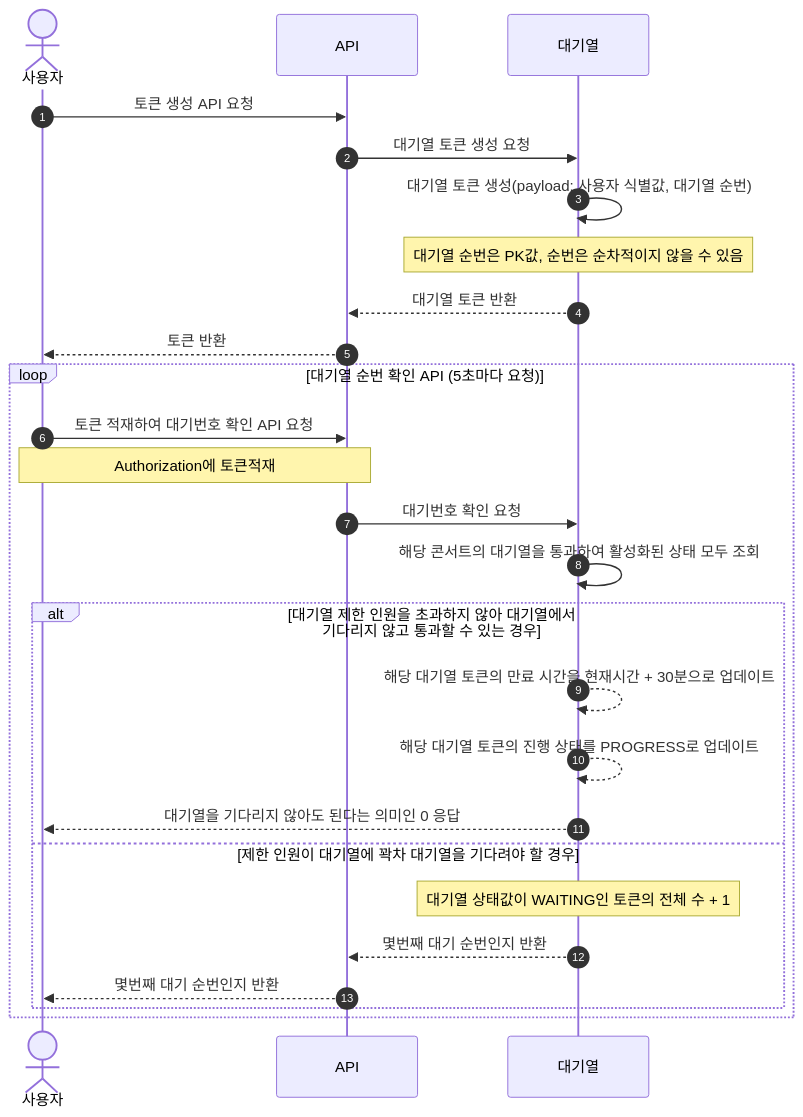
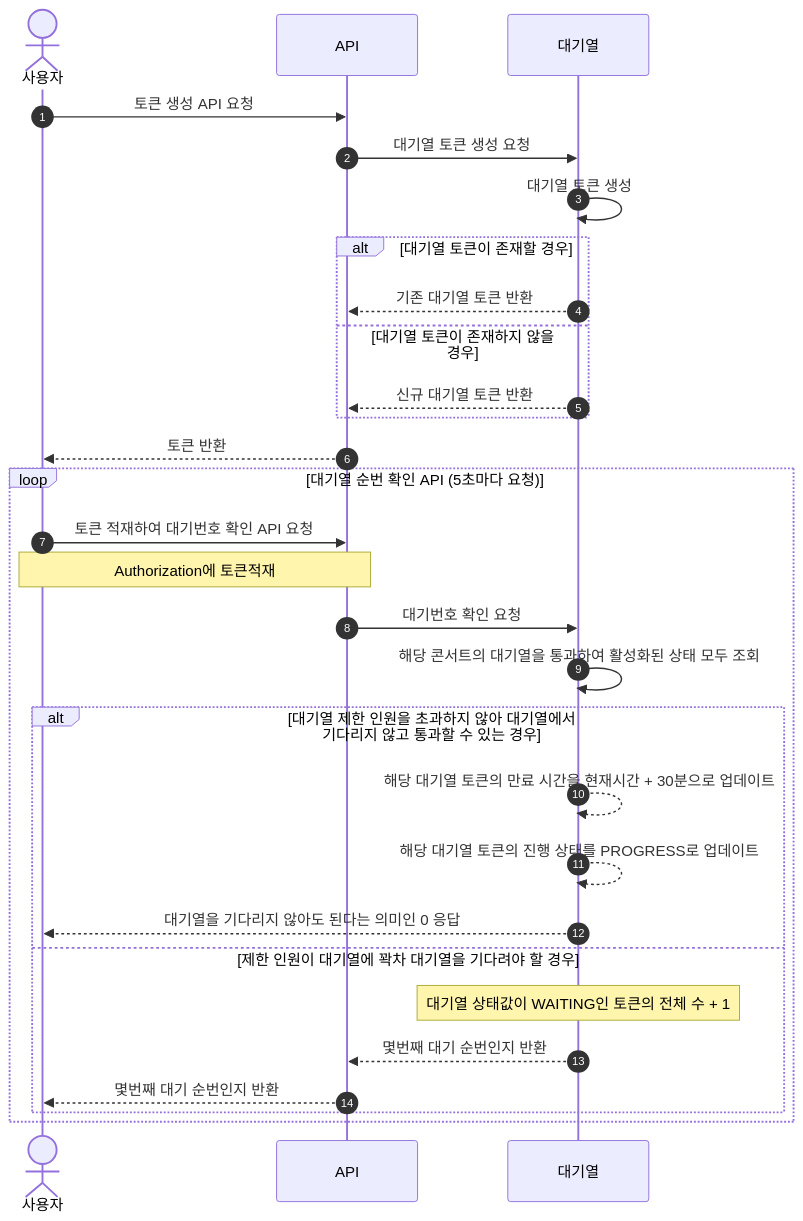
Before and after one commit to jikimee64/hhplus-concert: the first of 7 diagrams in docs/sequence.md, drawn with Mermaid. The commit also changed 11 other files, not shown here.

````diff
--- a/docs/sequence.md
+++ b/docs/sequence.md
@@ -5,28 +5,31 @@
 ```mermaid
 sequenceDiagram
     autonumber
     actor 사용자 as 사용자
     participant API as API
     participant 대기열 as 대기열
     사용자 ->> API: 토큰 생성 API 요청
     API ->> 대기열: 대기열 토큰 생성 요청
-    대기열 ->> 대기열: 대기열 토큰 생성(payload: 사용자 식별값, 대기열 순번)
-    Note over 대기열, 대기열: 대기열 순번은 PK값, 순번은 순차적이지 않을 수 있음
-    대기열 -->> API: 대기열 토큰 반환
+    대기열 ->> 대기열: 대기열 토큰 생성
+    alt 대기열 토큰이 존재할 경우
+        대기열 -->> API: 기존 대기열 토큰 반환
+    else 대기열 토큰이 존재하지 않을 경우
+        대기열 -->> API: 신규 대기열 토큰 반환
+    end
     API -->> 사용자: 토큰 반환
     loop 대기열 순번 확인 API (5초마다 요청)
         사용자 ->> API: 토큰 적재하여 대기번호 확인 API 요청
         Note over 사용자, API: Authorization에 토큰적재
         API ->> 대기열: 대기번호 확인 요청
         대기열 ->> 대기열: 해당 콘서트의 대기열을 통과하여 활성화된 상태 모두 조회
         alt 대기열 제한 인원을 초과하지 않아 대기열에서 기다리지 않고 통과할 수 있는 경우
             대기열 -->> 대기열: 해당 대기열 토큰의 만료 시간을 현재시간 + 30분으로 업데이트
             대기열 -->> 대기열: 해당 대기열 토큰의 진행 상태를 PROGRESS로 업데이트
             대기열 -->> 사용자: 대기열을 기다리지 않아도 된다는 의미인 0 응답
         else 제한 인원이 대기열에 꽉차 대기열을 기다려야 할 경우
             Note over 대기열, 대기열: 대기열 상태값이 WAITING인 토큰의 전체 수 + 1
             대기열 -->> API: 몇번째 대기 순번인지 반환
             API -->> 사용자: 몇번째 대기 순번인지 반환
         end
     end
 ```
````
